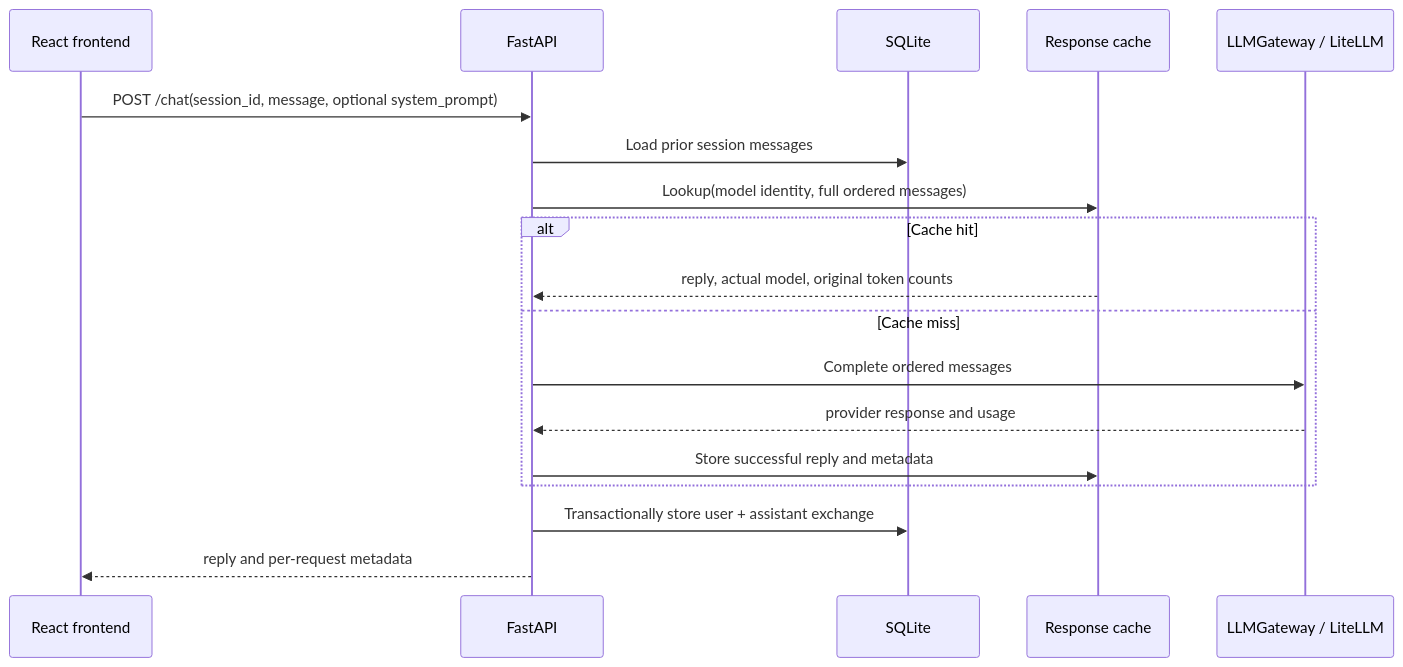
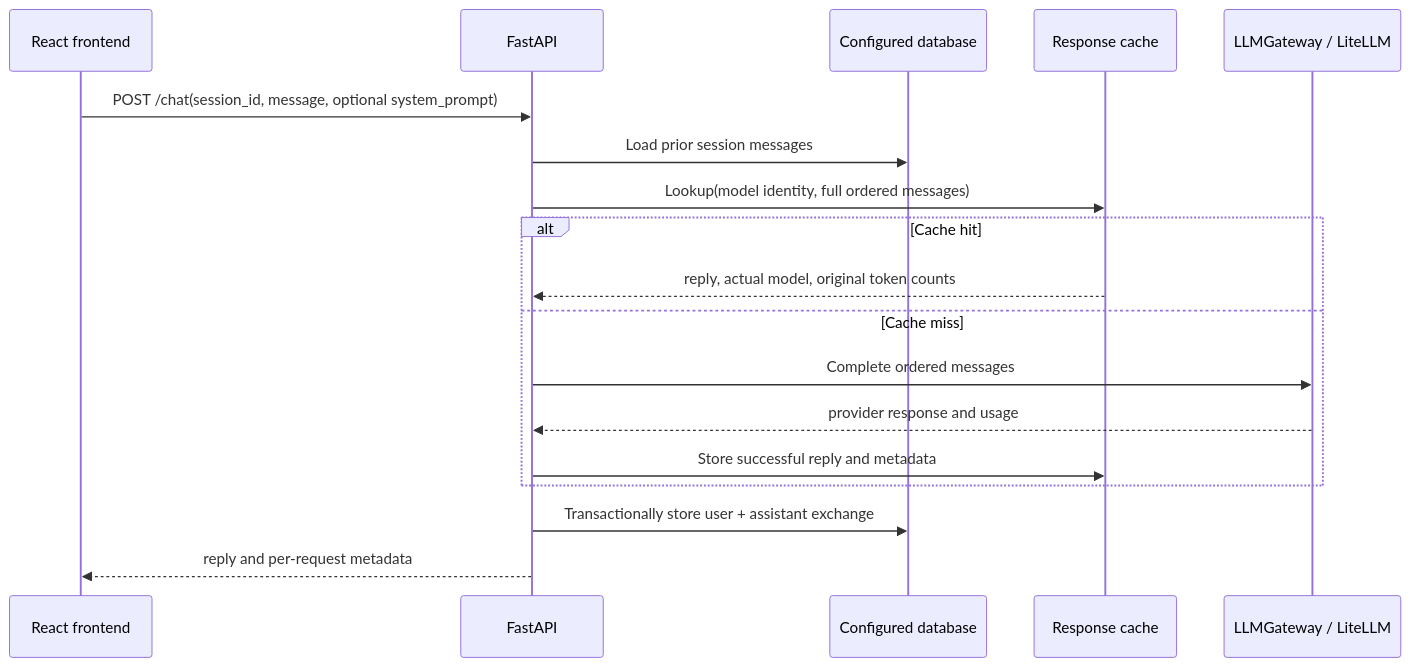
Before and after one commit to Prince-Singhalia/lyftr-ai-chat-assessment: the second of 3 diagrams in docs/architecture.md, drawn with Mermaid. The commit also changed other lines of this file and 9 other files, not shown here.

````diff
--- a/docs/architecture.md
+++ b/docs/architecture.md
@@ -23,20 +24,20 @@
 ```mermaid
 sequenceDiagram
   participant UI as React frontend
   participant API as FastAPI
-  participant DB as SQLite
+  participant DB as Configured database
   participant Cache as Response cache
   participant LLM as LLMGateway / LiteLLM
   UI->>API: POST /chat(session_id, message, optional system_prompt)
   API->>DB: Load prior session messages
   API->>Cache: Lookup(model identity, full ordered messages)
   alt Cache hit
     Cache-->>API: reply, actual model, original token counts
   else Cache miss
     API->>LLM: Complete ordered messages
     LLM-->>API: provider response and usage
     API->>Cache: Store successful reply and metadata
   end
   API->>DB: Transactionally store user + assistant exchange
   API-->>UI: reply and per-request metadata
 ```
````
